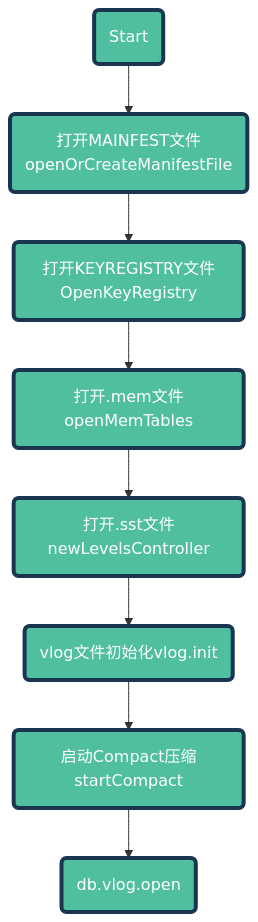
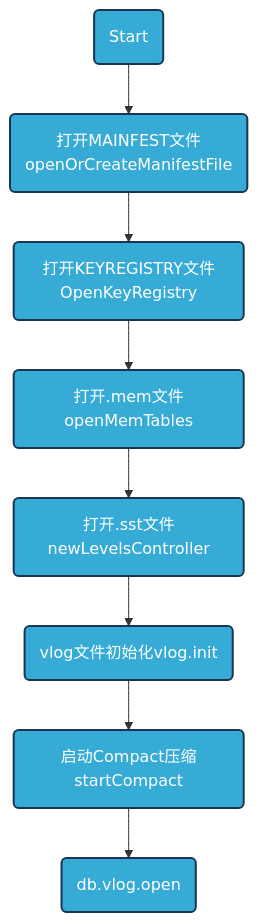
The diagram in docs/MD-NOTES/LSM存储引擎剖析/bader源码分析.md (2pc/docsify-md-notes), drawn with Mermaid before and after one commit.

````diff
--- a/docs/MD-NOTES/LSM存储引擎剖析/bader源码分析.md
+++ b/docs/MD-NOTES/LSM存储引擎剖析/bader源码分析.md
@@ -7,17 +7,19 @@
 ```mermaid
  flowchart 
     id1(Start)-->id2(打开MAINFEST文件openOrCreateManifestFile )
     -->id3(打开KEYREGISTRY文件OpenKeyRegistry)
     -->id4(打开.mem文件openMemTables)
     -->id5(打开.sst文件newLevelsController)
     -->id6(vlog文件初始化vlog.init)
     -->id9(启动Compact压缩startCompact)-->id10(db.vlog.open)
 
 
     classDef class1  fill:#50bf9f,stroke:#183652,stroke-width:4px,color:#fff;
     classDef class2  fill:#f9f,stroke:#333,stroke-width:3px,color:#fff
     classDef class3  fill:#bbf,stroke:#f66,stroke-width:2px,color:#fff,stroke-dasharray: 5 5
+    classDef class4  fill:#36ABD6,stroke:#183652,stroke-width:2px,color:#fff;
+
     
-    class id1,id2,id3,id4,id5,id6,id7,id8,id9,id10 class1;
+    class id1,id2,id3,id4,id5,id6,id7,id8,id9,id10 class4;
 
 ```
````
